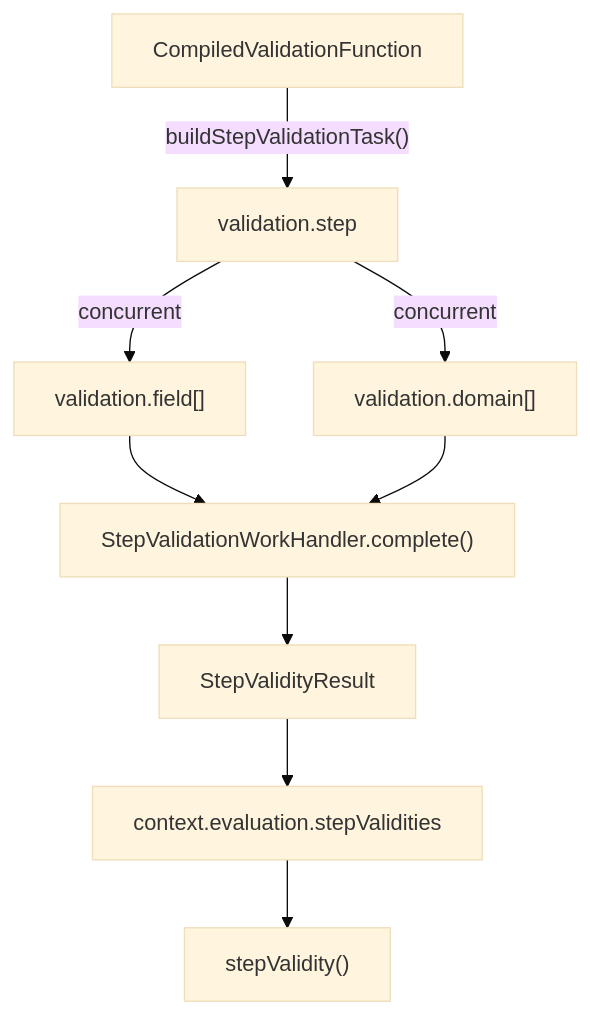
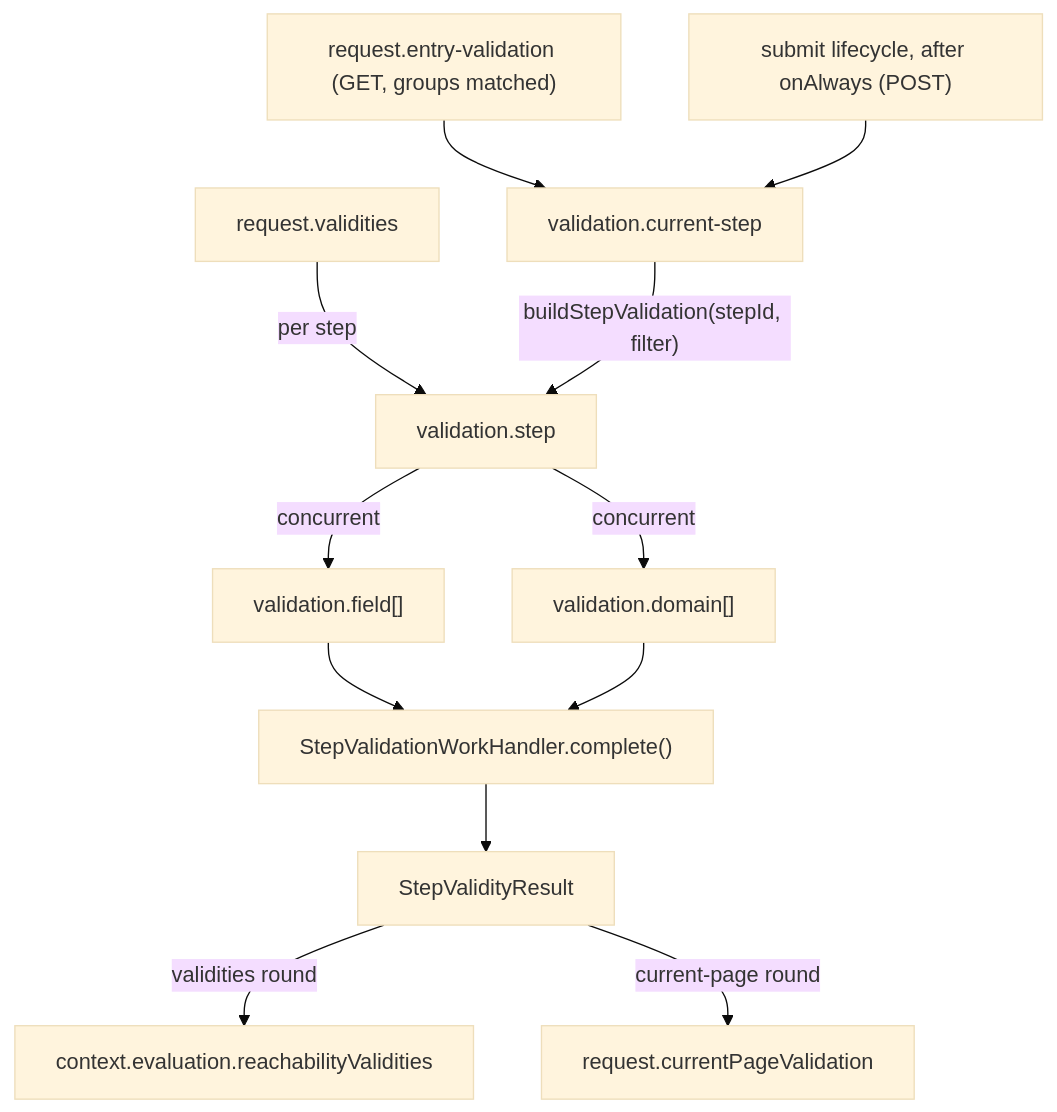
Before and after one commit to ministryofjustice/hmpps-forge: the diagram in packages/forge-core/src/engine/concerns/validation/runtime/README.md, drawn with Mermaid (base theme). The commit also changed other lines of this file and 57 other files, not shown here.

Commit message:
Unify current-page validation behind one validation-owned operation

````diff
--- a/packages/forge-core/src/engine/concerns/validation/runtime/README.md
+++ b/packages/forge-core/src/engine/concerns/validation/runtime/README.md
@@ -89,11 +68,14 @@
 ```mermaid
 flowchart TD
-  compiled["CompiledValidationFunction"] -->|"buildStepValidationTask()"| task["validation.step"]
+  entry["request.entry-validation (GET, groups matched)"] --> current["validation.current-step"]
+  submit["submit lifecycle, after onAlways (POST)"] --> current
+  validities["request.validities"] -->|"per step"| task["validation.step"]
+  current -->|"buildStepValidation(stepId, filter)"| task
   task -->|"concurrent"| fields["validation.field[]"]
   task -->|"concurrent"| domains["validation.domain[]"]
   fields --> fold["StepValidationWorkHandler.complete()"]
   domains --> fold
   fold --> result["StepValidityResult"]
-  result --> store["context.evaluation.stepValidities"]
-  store --> view["stepValidity()"]
+  result -->|"validities round"| store["context.evaluation.reachabilityValidities"]
+  result -->|"current-page round"| view["request.currentPageValidation"]
 ```
````
